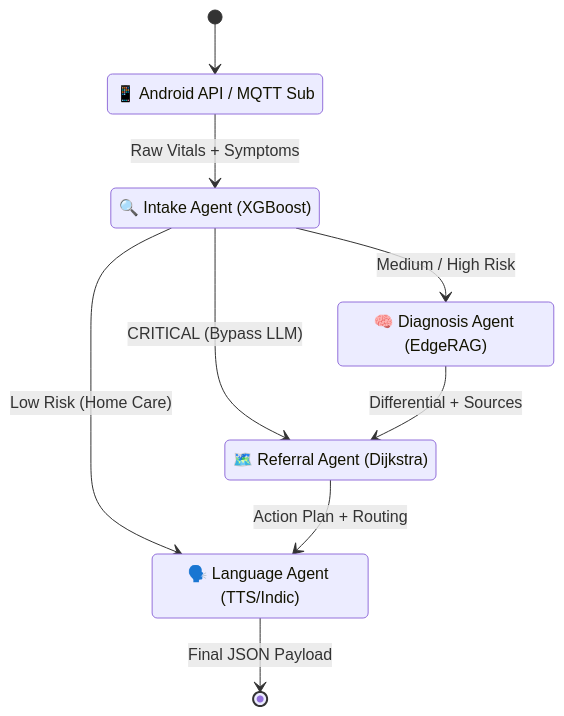
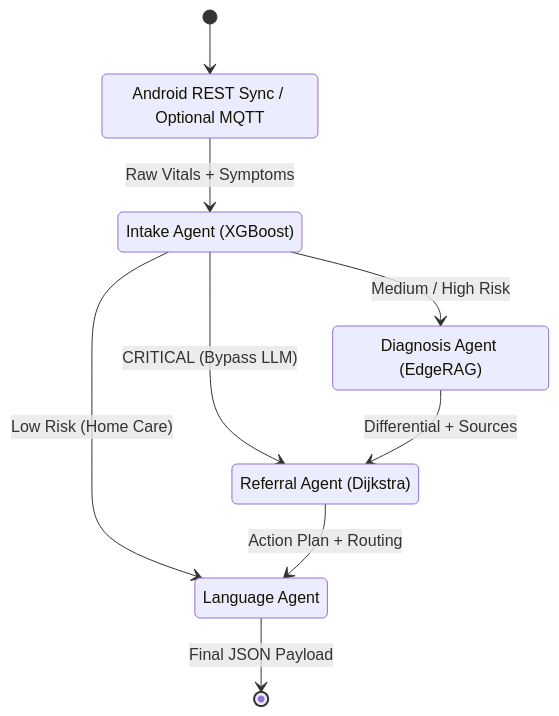
Before and after one commit to varunaditya27/AyushBot: the diagram in backend/README.md, drawn with Mermaid. The commit also changed other lines of this file and 33 other files, not shown here.

````diff
--- a/backend/README.md
+++ b/backend/README.md
@@ -17,21 +27,21 @@
 ```mermaid
 stateDiagram-v2
     [*] --> API_Entry
     
-    state "📱 Android API / MQTT Sub" as API_Entry
-    state "🔍 Intake Agent (XGBoost)" as Agent1
-    state "🧠 Diagnosis Agent (EdgeRAG)" as Agent2
-    state "🗺️ Referral Agent (Dijkstra)" as Agent3
-    state "🗣️ Language Agent (TTS/Indic)" as Agent4
+    state "Android REST Sync / Optional MQTT" as API_Entry
+    state "Intake Agent (XGBoost)" as Agent1
+    state "Diagnosis Agent (EdgeRAG)" as Agent2
+    state "Referral Agent (Dijkstra)" as Agent3
+    state "Language Agent" as Agent4
     
     API_Entry --> Agent1 : Raw Vitals + Symptoms
     
     Agent1 --> Agent2 : Medium / High Risk
     Agent1 --> Agent3 : CRITICAL (Bypass LLM)
     Agent1 --> Agent4 : Low Risk (Home Care)
     
     Agent2 --> Agent3 : Differential + Sources
     Agent3 --> Agent4 : Action Plan + Routing
     
     Agent4 --> [*] : Final JSON Payload
 ```
````
